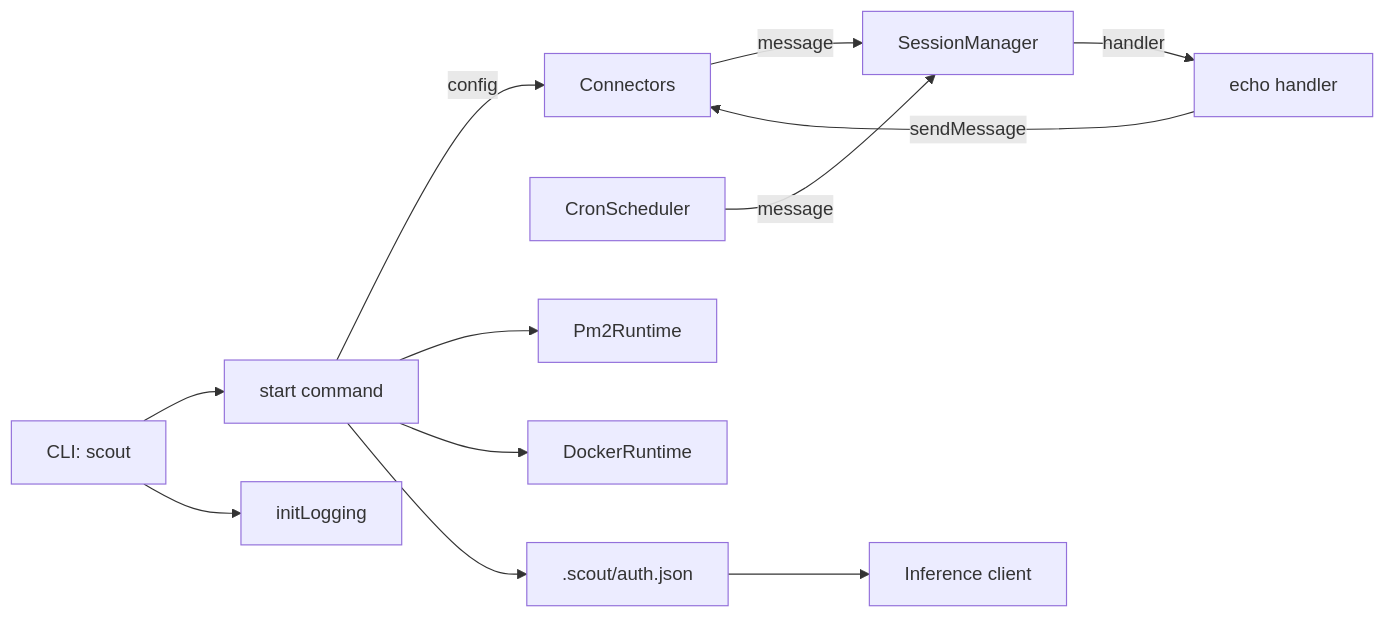
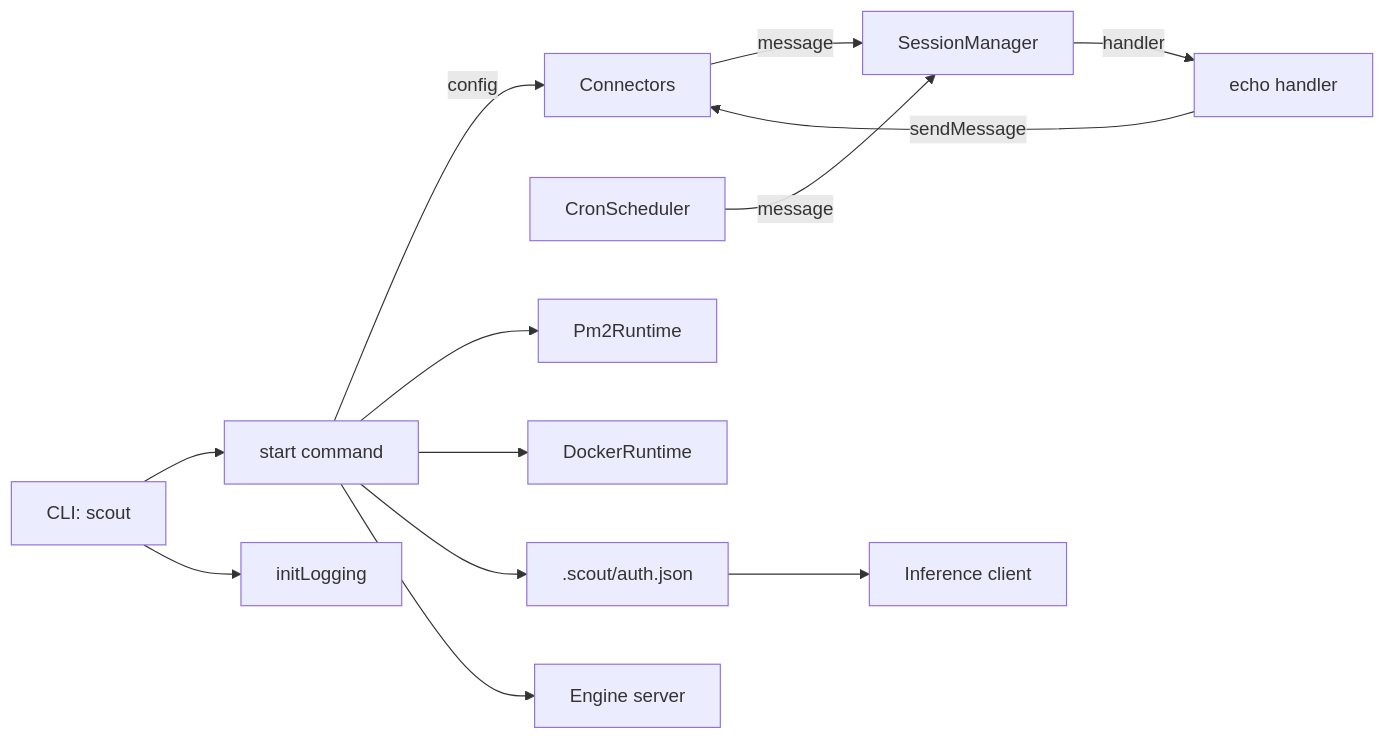
One commit to ex3ndr/claybot changed the diagram in docs/architecture.md. Above: the diagram before and after it, drawn with Mermaid. The commit also changed other lines of this file and 25 other files, not shown here.

````diff
--- a/docs/architecture.md
+++ b/docs/architecture.md
@@ -16,14 +17,15 @@
 ```mermaid
 flowchart LR
   CLI[CLI: scout] --> Start[start command]
   Start -->|config| Connectors
   Connectors -->|message| Sessions[SessionManager]
   Cron[CronScheduler] -->|message| Sessions
   Start --> PM2[Pm2Runtime]
   Start --> Containers[DockerRuntime]
   Start --> Auth[.scout/auth.json]
   Auth --> Inference[Inference client]
   Sessions -->|handler| Echo[echo handler]
   Echo -->|sendMessage| Connectors
   CLI --> Logging[initLogging]
+  Start --> Engine[Engine server]
 ```
````
